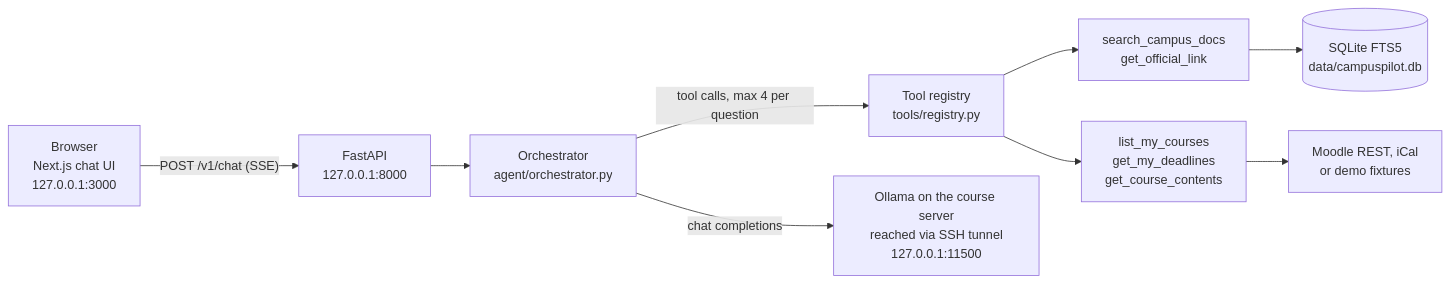
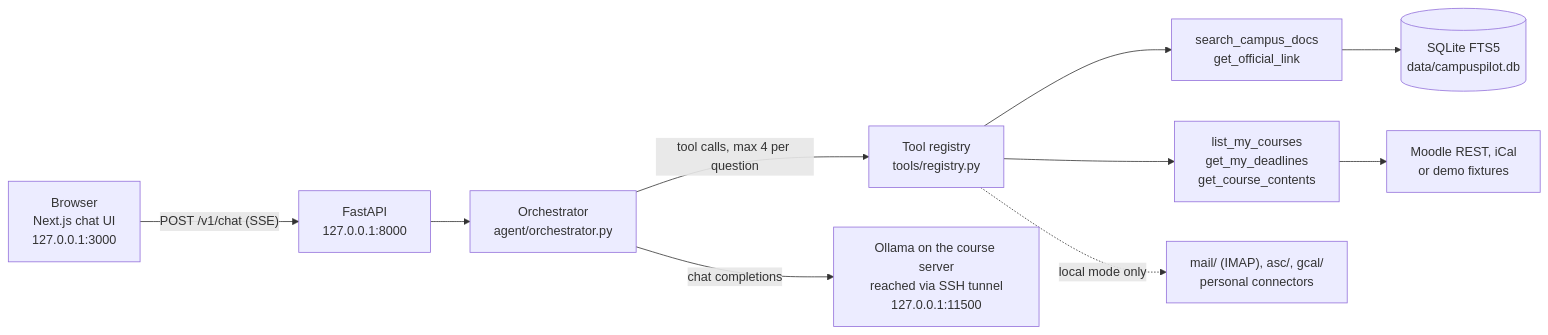
The first of 2 diagrams in docs/ARCHITECTURE.md (biprabhanu/iitb-campus-assistant), drawn with Mermaid before and after one commit. The commit also changed other lines of this file and 9 other files, not shown here.

````diff
--- a/docs/ARCHITECTURE.md
+++ b/docs/ARCHITECTURE.md
@@ -9,11 +9,12 @@
 ```mermaid
 flowchart LR
   B["Browser<br/>Next.js chat UI<br/>127.0.0.1:3000"] -->|"POST /v1/chat (SSE)"| A["FastAPI<br/>127.0.0.1:8000"]
   A --> O["Orchestrator<br/>agent/orchestrator.py"]
   O -->|"tool calls, max 4 per question"| T["Tool registry<br/>tools/registry.py"]
   T --> D["search_campus_docs<br/>get_official_link"]
   D --> S[("SQLite FTS5<br/>data/campuspilot.db")]
   T --> M["list_my_courses<br/>get_my_deadlines<br/>get_course_contents"]
   M --> MO["Moodle REST, iCal<br/>or demo fixtures"]
+  T -.->|"local mode only"| X["mail/ (IMAP), asc/, gcal/<br/>personal connectors"]
   O -->|"chat completions"| L["Ollama on the course server<br/>reached via SSH tunnel<br/>127.0.0.1:11500"]
 ```
````
